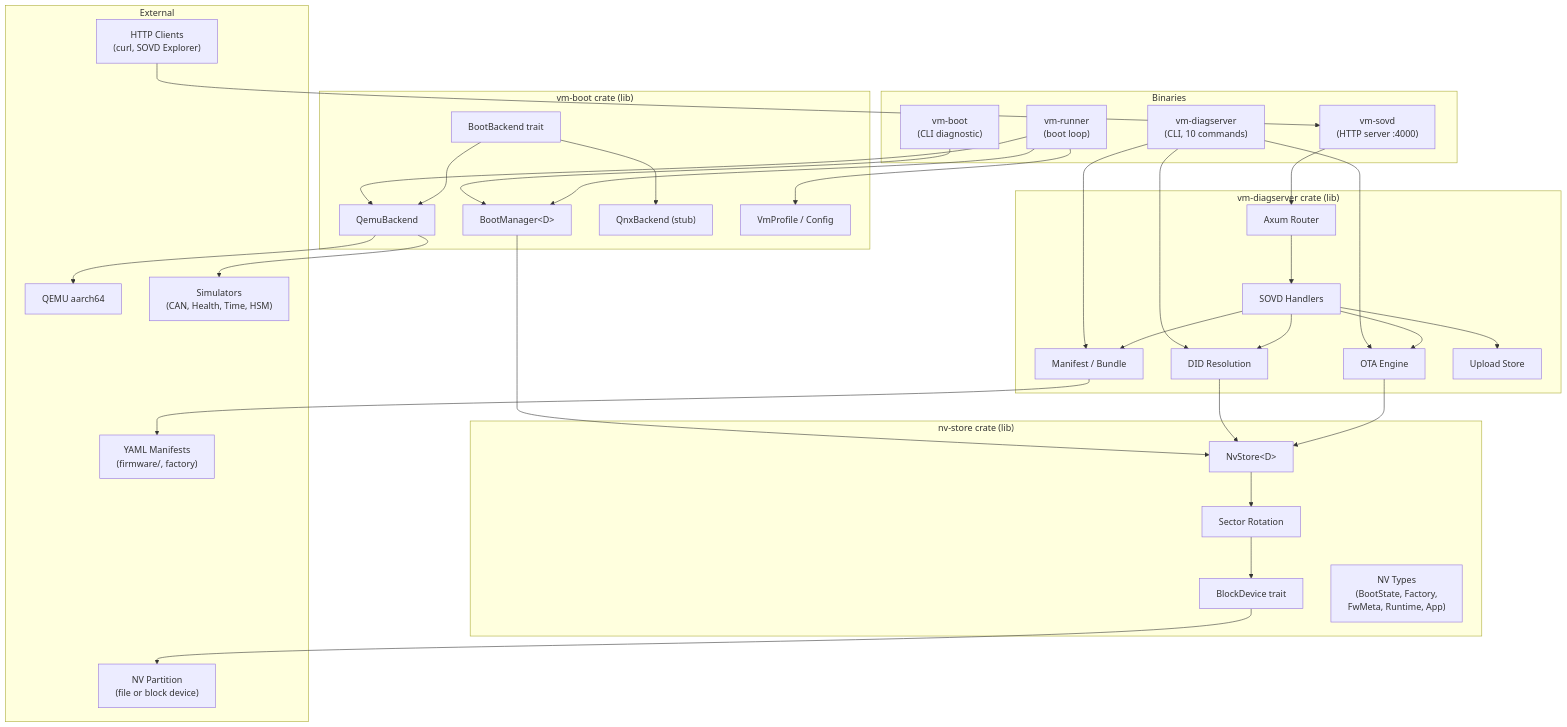
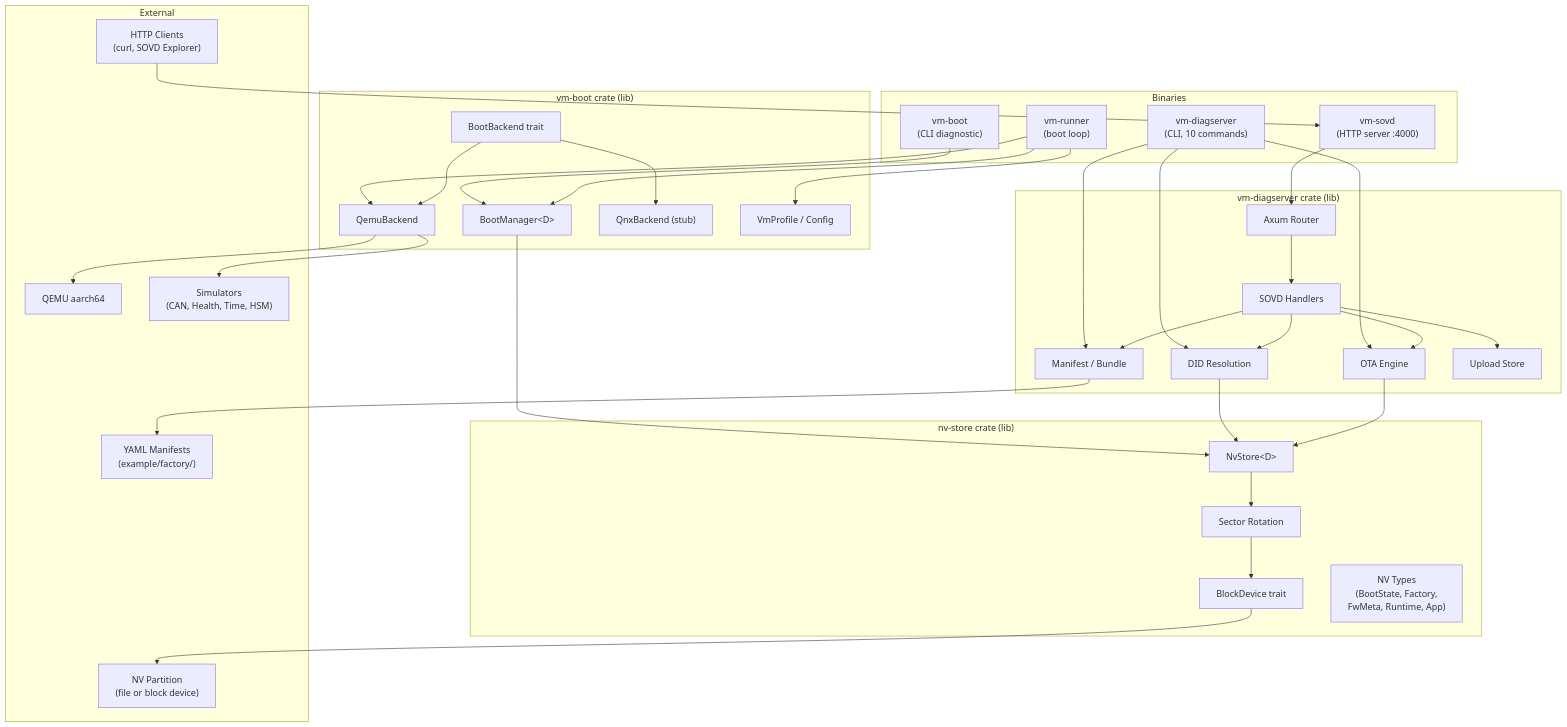
One commit to sdv-playground/sumo-vm-mgr changed the first of 7 diagrams in ARCHITECTURE.md. Above: the diagram before and after it, drawn with Mermaid. The commit also changed other lines of this file and 4 other files, not shown here.

First line of the commit message:
Move factory manifests into example/ — they're test data, not production

````diff
--- a/ARCHITECTURE.md
+++ b/ARCHITECTURE.md
@@ -78,69 +81,69 @@
 ```mermaid
 graph TB
     subgraph Binaries
         VMB["vm-boot<br/>(CLI diagnostic)"]
         VMR["vm-runner<br/>(boot loop)"]
         VMD["vm-diagserver<br/>(CLI, 10 commands)"]
         VMS["vm-sovd<br/>(HTTP server :4000)"]
     end
 
     subgraph "vm-boot crate (lib)"
         BM["BootManager&lt;D&gt;"]
         BB["BootBackend trait"]
         QB["QemuBackend"]
         QN["QnxBackend (stub)"]
         CFG["VmProfile / Config"]
     end
 
     subgraph "vm-diagserver crate (lib)"
         DID["DID Resolution"]
         OTA["OTA Engine"]
         MAN["Manifest / Bundle"]
         SOVD["SOVD Handlers"]
         RTR["Axum Router"]
         UPL["Upload Store"]
     end
 
     subgraph "nv-store crate (lib)"
         NVS["NvStore&lt;D&gt;"]
         SR["Sector Rotation"]
         BD["BlockDevice trait"]
         TY["NV Types<br/>(BootState, Factory,<br/>FwMeta, Runtime, App)"]
     end
 
     subgraph External
         QEMU["QEMU aarch64"]
         NVP["NV Partition<br/>(file or block device)"]
         SIM["Simulators<br/>(CAN, Health, Time, HSM)"]
         HTTP["HTTP Clients<br/>(curl, SOVD Explorer)"]
-        YAML["YAML Manifests<br/>(firmware/, factory)"]
+        YAML["YAML Manifests<br/>(example/factory/)"]
     end
 
     VMB --> BM
     VMR --> BM
     VMR --> QB
     VMR --> CFG
     VMD --> DID
     VMD --> OTA
     VMD --> MAN
     VMS --> RTR
     RTR --> SOVD
     SOVD --> DID
     SOVD --> OTA
     SOVD --> MAN
     SOVD --> UPL
 
     BM --> NVS
     DID --> NVS
     OTA --> NVS
 
     BB --> QB
     BB --> QN
     QB --> QEMU
     QB --> SIM
     NVS --> SR
     SR --> BD
     BD --> NVP
     HTTP --> VMS
     MAN --> YAML
 ```
````
